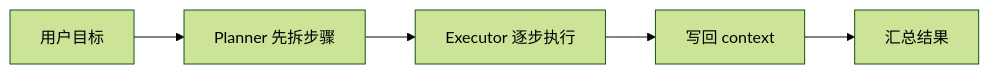
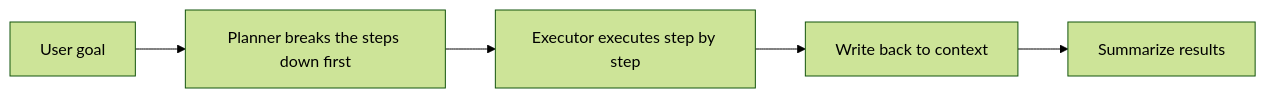
One commit to oudbiao/AI-fullstack-course changed the diagram in docs/ch09-agent/ch02-reasoning/04-plan-and-execute.md. Above: the diagram before and after it, drawn with Mermaid (forest theme). The commit also changed other lines of this file and 1406 other files, not shown here.

````diff
--- a/docs/ch09-agent/ch02-reasoning/04-plan-and-execute.md
+++ b/docs/ch09-agent/ch02-reasoning/04-plan-and-execute.md
@@ -36,7 +36,7 @@
 ```mermaid
 flowchart LR
-    A["用户目标"] --> B["Planner 先拆步骤"]
-    B --> C["Executor 逐步执行"]
-    C --> D["写回 context"]
-    D --> E["汇总结果"]
+    A["User goal"] --> B["Planner breaks the steps down first"]
+    B --> C["Executor executes step by step"]
+    C --> D["Write back to context"]
+    D --> E["Summarize results"]
 ```
````
